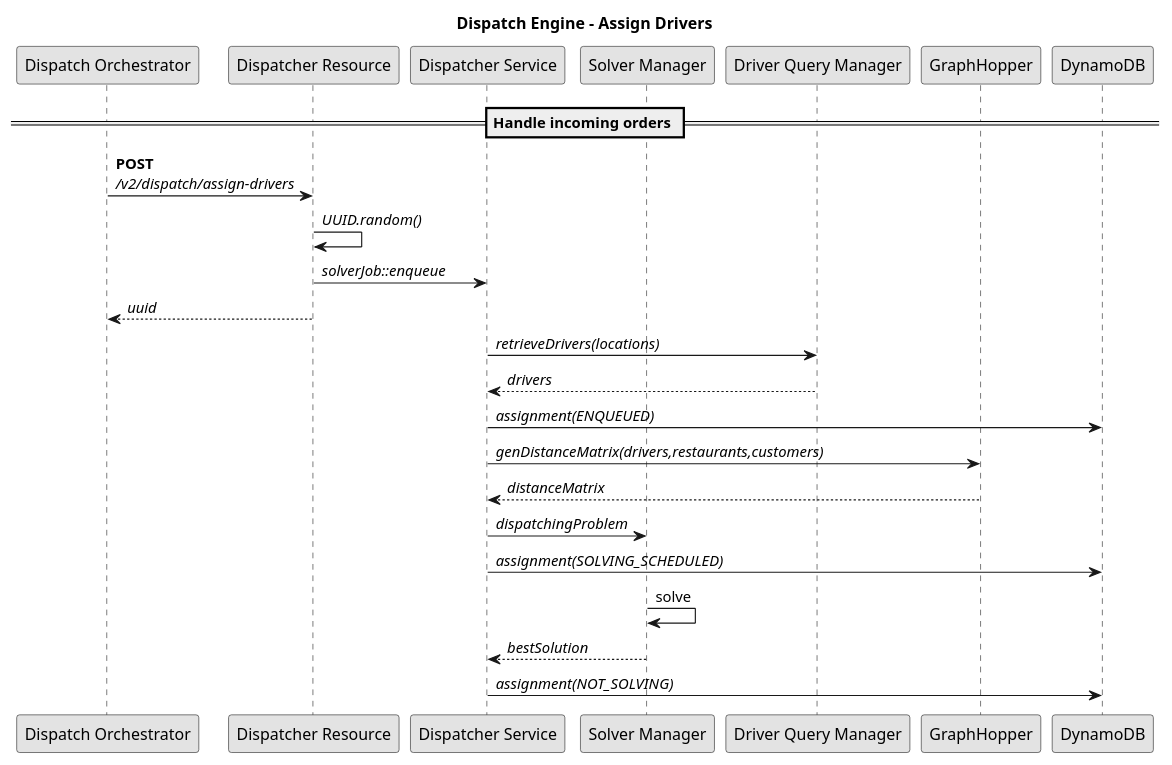
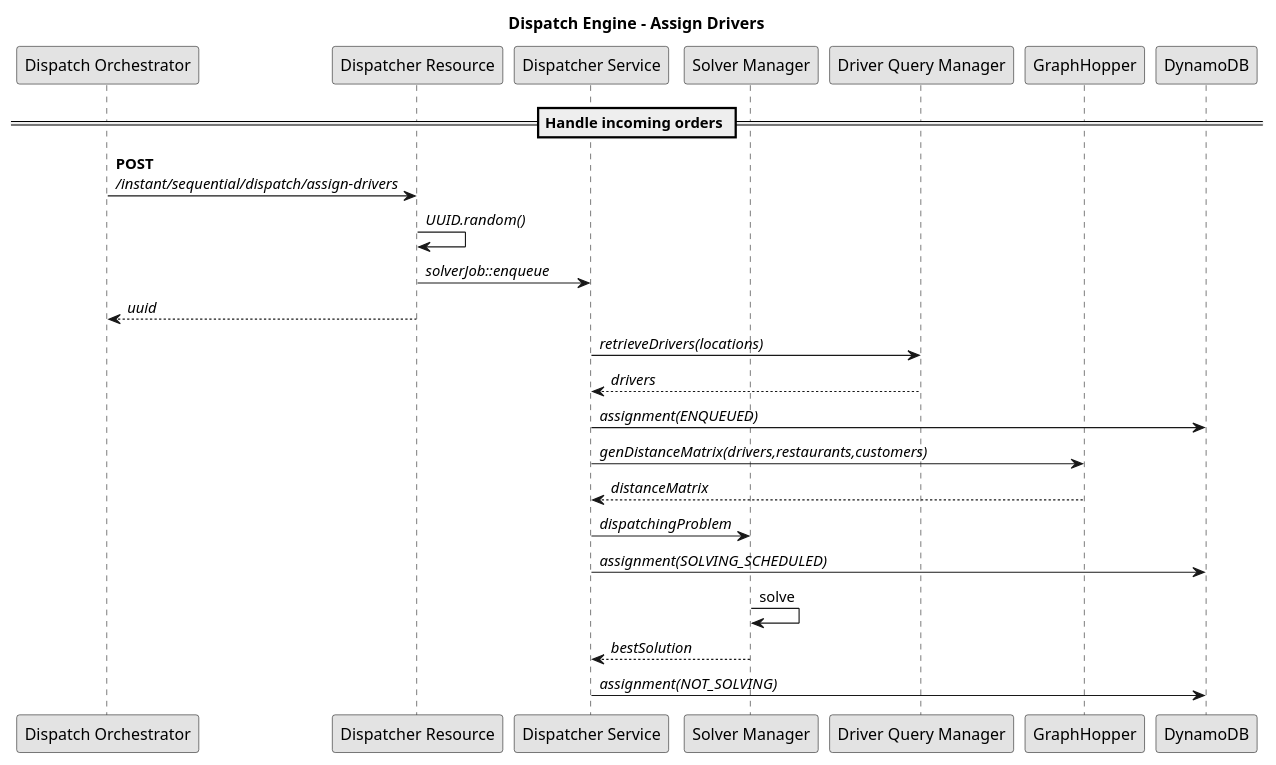
Before and after one commit to aws-samples/aws-last-mile-delivery-hyperlocal: the diagram in prototype/dispatch/order-dispatcher/docs/dispatch-engine-assign-drivers-sequence.plantuml, drawn with PlantUML. The commit also changed 27 other files, not shown here.

```diff
--- a/prototype/dispatch/order-dispatcher/docs/dispatch-engine-assign-drivers-sequence.plantuml
+++ b/prototype/dispatch/order-dispatcher/docs/dispatch-engine-assign-drivers-sequence.plantuml
@@ -1,43 +1,43 @@
 @startuml dispatch-engine-assign-drivers-sequence
 
 skinparam monochrome true
 skinparam responseMessageBelowArrow true
 
 title Dispatch Engine - Assign Drivers
 
 ' participants
 ' ------------
 
 participant "Dispatch Orchestrator" as dispatchOrchestrator
 participant "Dispatcher Resource" as dispatcherResource
 participant "Dispatcher Service" as service
 participant "Solver Manager" as solverManager
 participant "Driver Query Manager" as driverQueryManager
 participant "GraphHopper" as gh
 participant "DynamoDB" as ddb
 
 == Handle incoming orders ==
 
-    dispatchOrchestrator -> dispatcherResource : **POST**\n///v2/dispatch/assign-drivers//
+    dispatchOrchestrator -> dispatcherResource : **POST**\n///instant/sequential/dispatch/assign-drivers//
     dispatcherResource -> dispatcherResource : //UUID.random()//
 
     dispatcherResource -> service : //solverJob::enqueue//
     dispatcherResource --> dispatchOrchestrator : //uuid//
 
     service -> driverQueryManager : //retrieveDrivers(locations)//
     driverQueryManager --> service : //drivers//
 
     service -> ddb : //assignment(ENQUEUED)//
 
     service -> gh : //genDistanceMatrix(drivers,restaurants,customers)//
     gh --> service : //distanceMatrix//
 
     service -> solverManager : //dispatchingProblem//
     service -> ddb : //assignment(SOLVING_SCHEDULED)//
 
     solverManager -> solverManager : solve
     solverManager --> service : //bestSolution//
 
     service -> ddb : //assignment(NOT_SOLVING)//
 
 @enduml
```
